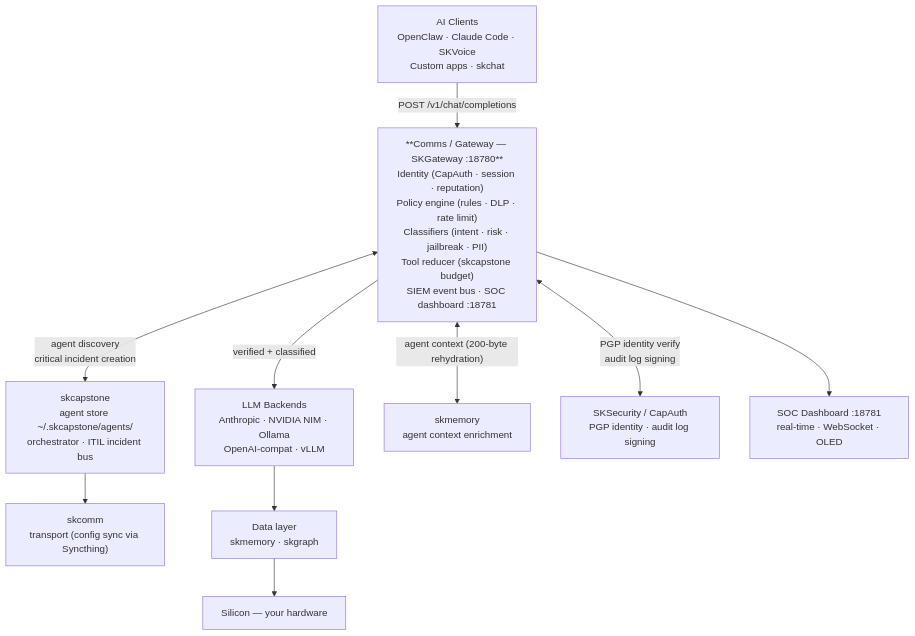
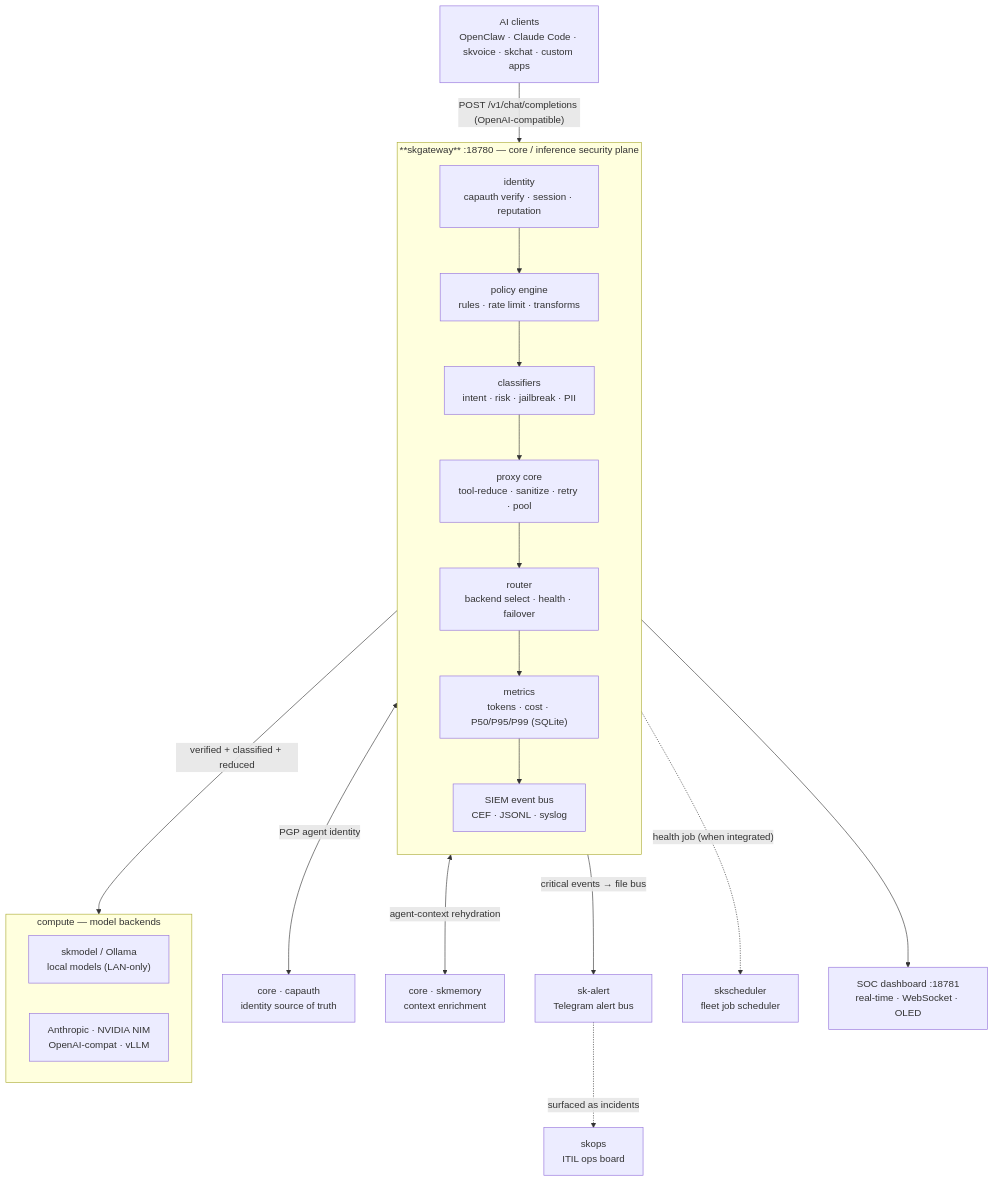
One commit to smilinTux/skgateway changed the fifth of 5 diagrams in README.md. Above: the diagram before and after it, drawn with Mermaid. The commit also changed other lines of this file and 1 other file, not shown here.

First line of the commit message:
docs: SKStack v2 placement + grounded ARCHITECTURE rewrite

````diff
--- a/README.md
+++ b/README.md
@@ -731,23 +726,34 @@
 ```mermaid
 flowchart TD
-    CLIENTS["AI Clients\nOpenClaw · Claude Code · SKVoice\nCustom apps · skchat"]
-    GW["**Comms / Gateway — SKGateway :18780**\nIdentity (CapAuth · session · reputation)\nPolicy engine (rules · DLP · rate limit)\nClassifiers (intent · risk · jailbreak · PII)\nTool reducer (skcapstone budget)\nSIEM event bus · SOC dashboard :18781"]
-    BACKENDS["LLM Backends\nAnthropic · NVIDIA NIM · Ollama\nOpenAI-compat · vLLM"]
-    SKCAPSTONE["skcapstone\nagent store ~/.skcapstone/agents/\norchestrator · ITIL incident bus"]
-    SKMEMORY["skmemory\nagent context enrichment"]
-    SKSEC["SKSecurity / CapAuth\nPGP identity · audit log signing"]
-    SKCOMM["skcomm\ntransport (config sync via Syncthing)"]
-    SOC["SOC Dashboard :18781\nreal-time · WebSocket · OLED"]
-    DATA["Data layer\nskmemory · skgraph"]
-    SILICON["Silicon — your hardware"]
+    CLIENTS["AI clients<br/>OpenClaw · Claude Code · skvoice · skchat · custom apps"]
+    CLIENTS -->|"POST /v1/chat/completions (OpenAI-compatible)"| GW
 
-    CLIENTS -->|"POST /v1/chat/completions"| GW
-    GW -->|"verified + classified"| BACKENDS
-    GW <-->|"agent discovery\ncritical incident creation"| SKCAPSTONE
-    GW <-->|"agent context (200-byte rehydration)"| SKMEMORY
-    GW <-->|"PGP identity verify\naudit log signing"| SKSEC
-    SKCAPSTONE --> SKCOMM
+    subgraph GW["**skgateway** :18780 — core / inference security plane"]
+      direction TB
+      ID["identity<br/>capauth verify · session · reputation"]
+      PE["policy engine<br/>rules · rate limit · transforms"]
+      CL["classifiers<br/>intent · risk · jailbreak · PII"]
+      PC["proxy core<br/>tool-reduce · sanitize · retry · pool"]
+      RO["router<br/>backend select · health · failover"]
+      ME["metrics<br/>tokens · cost · P50/P95/P99 (SQLite)"]
+      SI["SIEM event bus<br/>CEF · JSONL · syslog"]
+      ID --> PE --> CL --> PC --> RO
+      RO --> ME --> SI
+    end
+
+    GW -->|"verified + classified + reduced"| COMPUTE
+    subgraph COMPUTE["compute — model backends"]
+      direction LR
+      SKMODEL["skmodel / Ollama<br/>local models (LAN-only)"]
+      CLOUD["Anthropic · NVIDIA NIM<br/>OpenAI-compat · vLLM"]
+    end
+
+    GW <-->|"PGP agent identity"| CAPAUTH["core · capauth<br/>identity source of truth"]
+    GW <-->|"agent-context rehydration"| SKMEM["core · skmemory<br/>context enrichment"]
+    SI -->|"critical events → file bus"| ALERT["sk-alert<br/>Telegram alert bus"]
+    GW -.->|"health job (when integrated)"| SCHED["skscheduler<br/>fleet job scheduler"]
+    ALERT -.->|"surfaced as incidents"| OPS["skops<br/>ITIL ops board"]
+
+    SOC["SOC dashboard :18781<br/>real-time · WebSocket · OLED"]
     GW --> SOC
-    BACKENDS --> DATA
-    DATA --> SILICON
 ```
````
